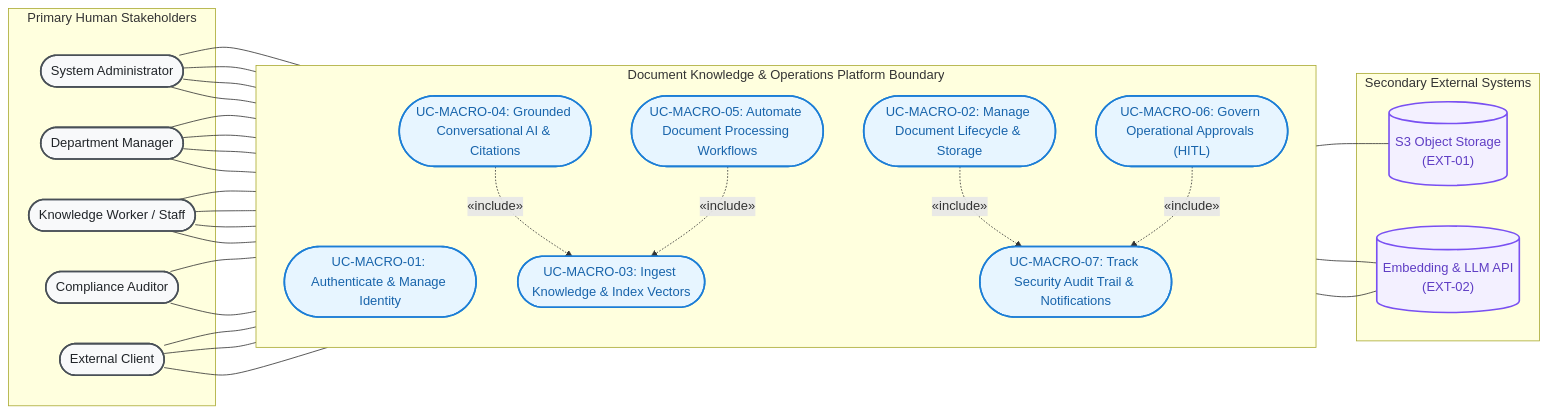
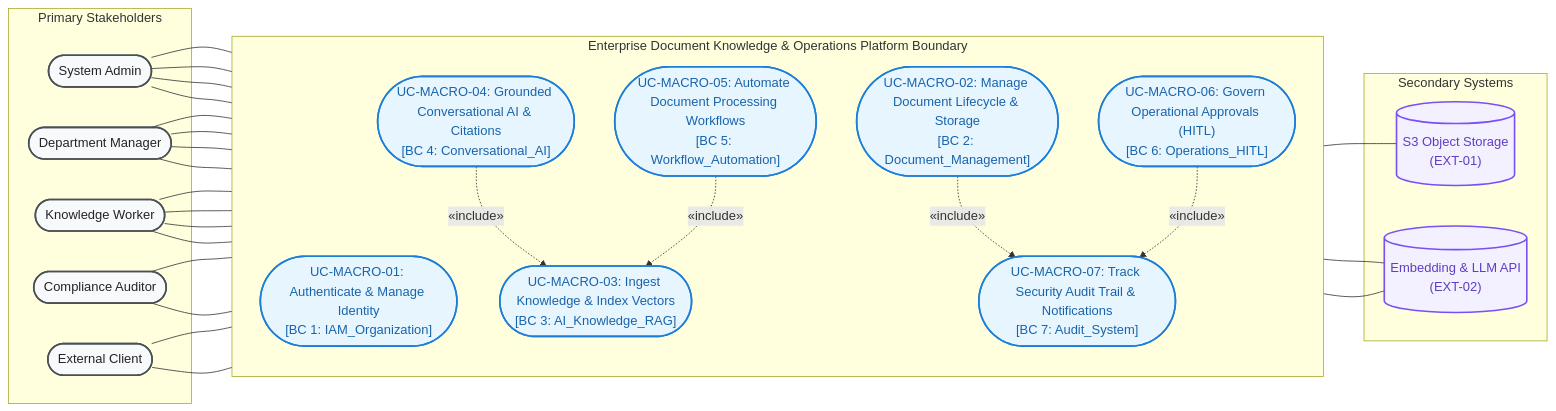
The diagram in docs/specs/business/MVP.md (DamPhuQuy/Document-Knowledge-Operations-Platform), drawn with Mermaid before and after one commit. The commit also changed other lines of this file and 13 other files, not shown here.

````diff
--- a/docs/specs/business/MVP.md
+++ b/docs/specs/business/MVP.md
@@ -176,67 +53,66 @@
 ```mermaid
 flowchart LR
     %% Primary Human Actors (Left)
-    subgraph Human_Actors ["Primary Human Stakeholders"]
-        Admin(["System Administrator"]):::actor
+    subgraph Human_Actors ["Primary Stakeholders"]
+        Admin(["System Admin"]):::actor
         Manager(["Department Manager"]):::actor
-        Staff(["Knowledge Worker / Staff"]):::actor
+        Staff(["Knowledge Worker"]):::actor
         Auditor(["Compliance Auditor"]):::actor
         Customer(["External Client"]):::actor
     end
 
     %% System Boundary & Macro Use Cases
-    subgraph System_Boundary ["Document Knowledge & Operations Platform Boundary"]
+    subgraph System_Boundary ["Enterprise Document Knowledge & Operations Platform Boundary"]
         direction TB
-        M_IAM(["UC-MACRO-01: Authenticate & Manage Identity"]):::macro
-        M_DOC(["UC-MACRO-02: Manage Document Lifecycle & Storage"]):::macro
-        M_RAG(["UC-MACRO-03: Ingest Knowledge & Index Vectors"]):::macro
-        M_CHAT(["UC-MACRO-04: Grounded Conversational AI & Citations"]):::macro
-        M_WF(["UC-MACRO-05: Automate Document Processing Workflows"]):::macro
-        M_HITL(["UC-MACRO-06: Govern Operational Approvals (HITL)"]):::macro
-        M_AUDIT(["UC-MACRO-07: Track Security Audit Trail & Notifications"]):::macro
+        M_IAM(["UC-MACRO-01: Authenticate & Manage Identity\n[BC 1: IAM_Organization]"]):::macro
+        M_DOC(["UC-MACRO-02: Manage Document Lifecycle & Storage\n[BC 2: Document_Management]"]):::macro
+        M_RAG(["UC-MACRO-03: Ingest Knowledge & Index Vectors\n[BC 3: AI_Knowledge_RAG]"]):::macro
+        M_CHAT(["UC-MACRO-04: Grounded Conversational AI & Citations\n[BC 4: Conversational_AI]"]):::macro
+        M_WF(["UC-MACRO-05: Automate Document Processing Workflows\n[BC 5: Workflow_Automation]"]):::macro
+        M_HITL(["UC-MACRO-06: Govern Operational Approvals (HITL)\n[BC 6: Operations_HITL]"]):::macro
+        M_AUDIT(["UC-MACRO-07: Track Security Audit Trail & Notifications\n[BC 7: Audit_System]"]):::macro
     end
 
     %% Secondary Supporting System Actors (Right)
-    subgraph Supporting_Systems ["Secondary External Systems"]
+    subgraph Supporting_Systems ["Secondary Systems"]
         S3[("S3 Object Storage\n(EXT-01)")]:::system
         LLM[("Embedding & LLM API\n(EXT-02)")]:::system
     end
 
     %% Actor to Macro Associations
     Admin --- M_IAM
     Admin --- M_WF
     Admin --- M_HITL
     Admin --- M_AUDIT
 
     Manager --- M_DOC
     Manager --- M_CHAT
     Manager --- M_HITL
     Manager --- M_WF
 
     Staff --- M_IAM
     Staff --- M_DOC
     Staff --- M_CHAT
     Staff --- M_HITL
 
     Auditor --- M_CHAT
     Auditor --- M_AUDIT
 
     Customer --- M_IAM
     Customer --- M_DOC
-    Customer --- M_CHAT
 
     %% Secondary Actor Associations
     M_DOC --- S3
     M_RAG --- LLM
     M_CHAT --- LLM
 
     %% High-level Include Dependencies
     M_CHAT -. "«include»" .-> M_RAG
     M_WF -. "«include»" .-> M_RAG
     M_DOC -. "«include»" .-> M_AUDIT
     M_HITL -. "«include»" .-> M_AUDIT
 
     classDef actor fill:#f8f9fa,stroke:#495057,stroke-width:2px,color:#212529;
     classDef macro fill:#e7f5ff,stroke:#1c7ed6,stroke-width:2px,color:#1864ab;
     classDef system fill:#f3f0ff,stroke:#7950f2,stroke-width:2px,color:#5f3dc4;
 ```
````
